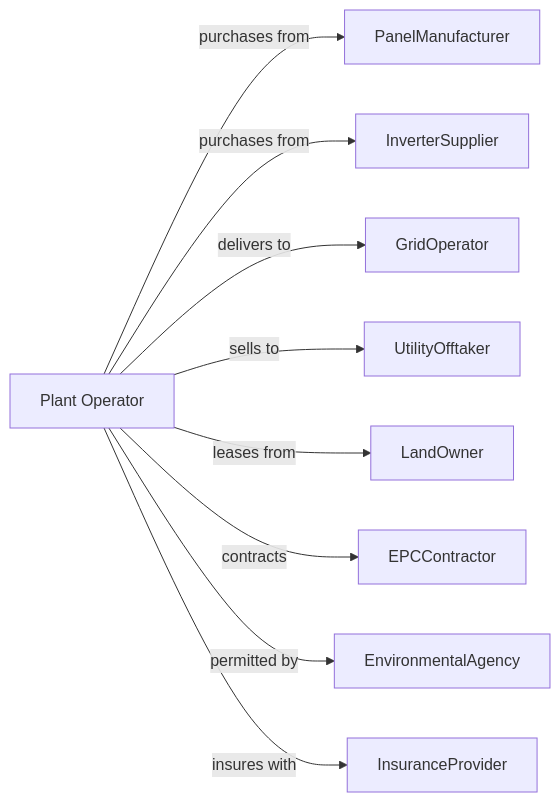
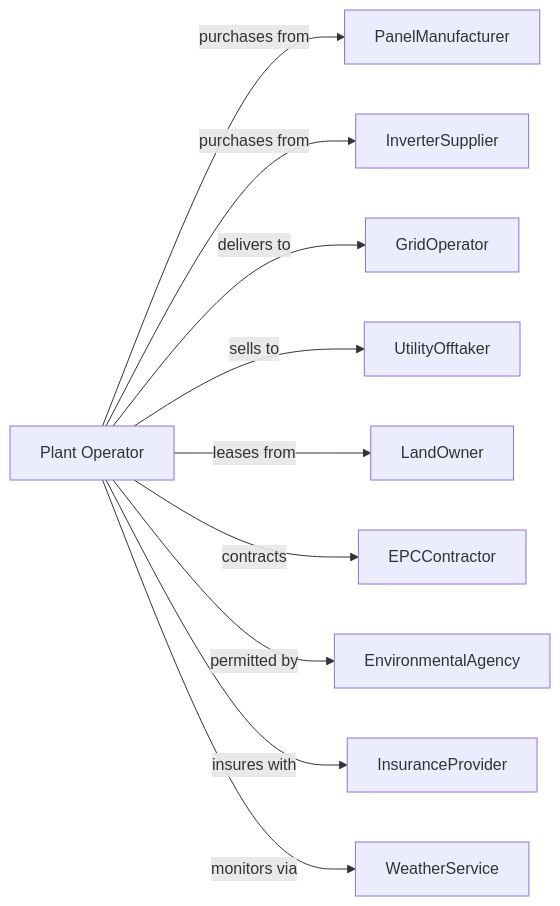
Before and after one commit to dot-org-ai/industries.org.ai: the second of 2 diagrams in Utilities/Utilities/ElectricPowerGenerationTransmissionAndDistribution/SolarElectricPowerGeneration.mdx, drawn with Mermaid. The commit also changed other lines of this file and 588 other files, not shown here.

````diff
--- a/Utilities/Utilities/ElectricPowerGenerationTransmissionAndDistribution/SolarElectricPowerGeneration.mdx
+++ b/Utilities/Utilities/ElectricPowerGenerationTransmissionAndDistribution/SolarElectricPowerGeneration.mdx
@@ -137,13 +137,14 @@
 ```mermaid
 graph LR
     P[Plant Operator]
 
     P -->|purchases from| PanelManufacturer
     P -->|purchases from| InverterSupplier
     P -->|delivers to| GridOperator
     P -->|sells to| UtilityOfftaker
     P -->|leases from| LandOwner
     P -->|contracts| EPCContractor
     P -->|permitted by| EnvironmentalAgency
     P -->|insures with| InsuranceProvider
+    P -->|monitors via| WeatherService
 ```
````
